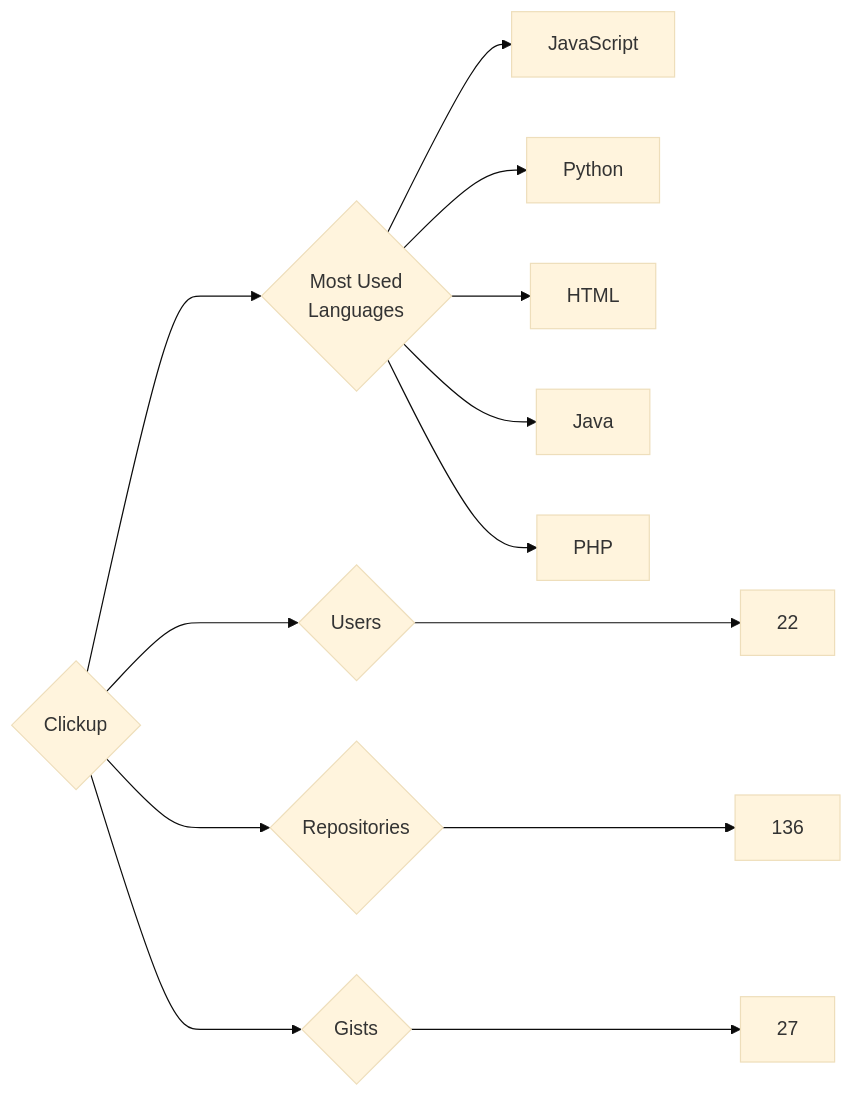
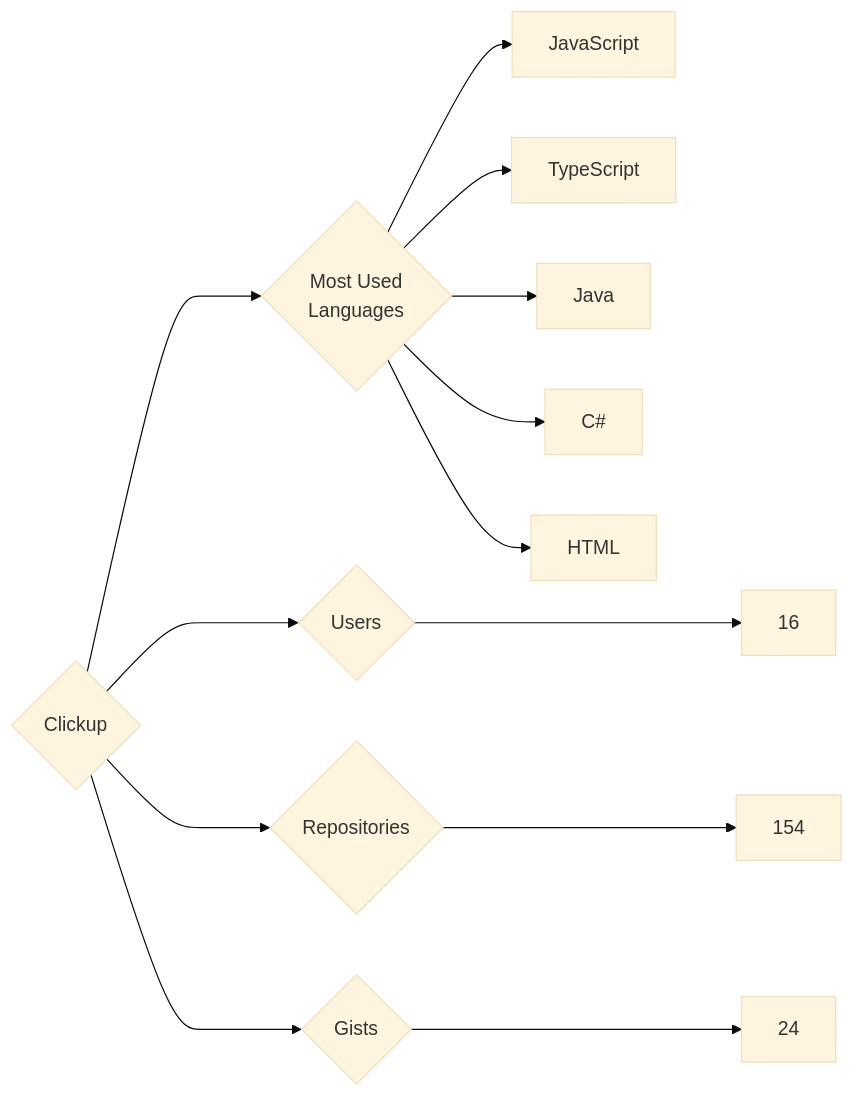
Before and after one commit to trickest/insiders: the diagram in targets/Clickup/README.md, drawn with Mermaid (base theme). The commit also changed 720 other files, not shown here.

````diff
--- a/targets/Clickup/README.md
+++ b/targets/Clickup/README.md
@@ -3,13 +3,13 @@
 ```mermaid
 graph LR
 COMPANY_NAME{Clickup}
-COMPANY_NAME ---> U{Users} ---> UN[22]
-COMPANY_NAME ---> R{Repositories} ---> RN[136]
-COMPANY_NAME ---> G{Gists} ---> GN[27]
+COMPANY_NAME ---> U{Users} ---> UN[16]
+COMPANY_NAME ---> R{Repositories} ---> RN[154]
+COMPANY_NAME ---> G{Gists} ---> GN[24]
 COMPANY_NAME ---> ML{Most Used<br>Languages}
 ML --> JavaScript[JavaScript]
-ML --> Python[Python]
+ML --> TypeScript[TypeScript]
+ML --> Java[Java]
+ML --> C#[C#]
 ML --> HTML[HTML]
-ML --> Java[Java]
-ML --> PHP[PHP]
 ```
````
